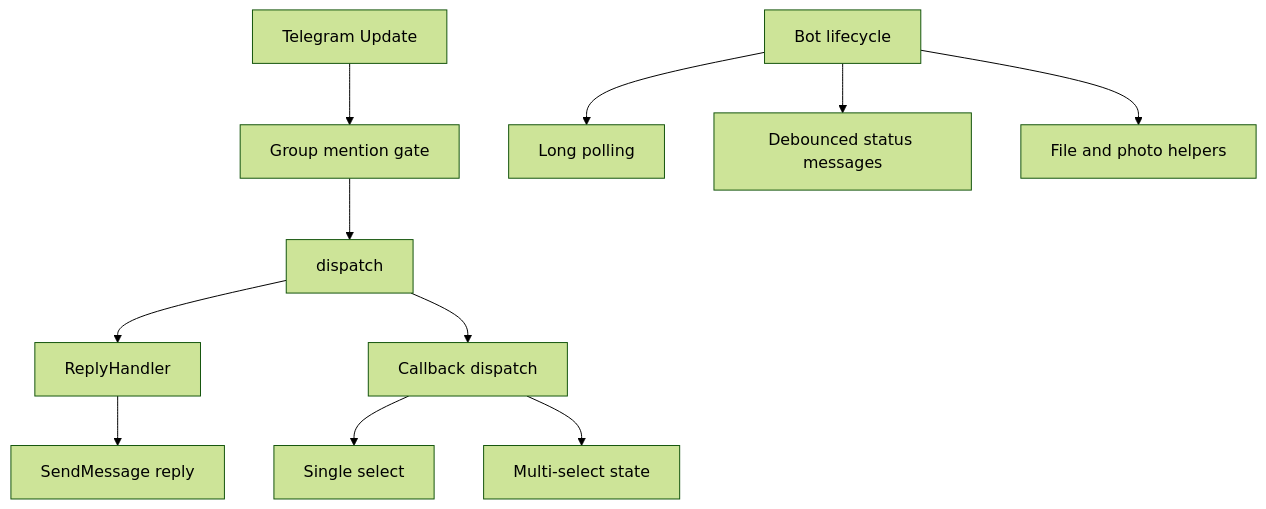
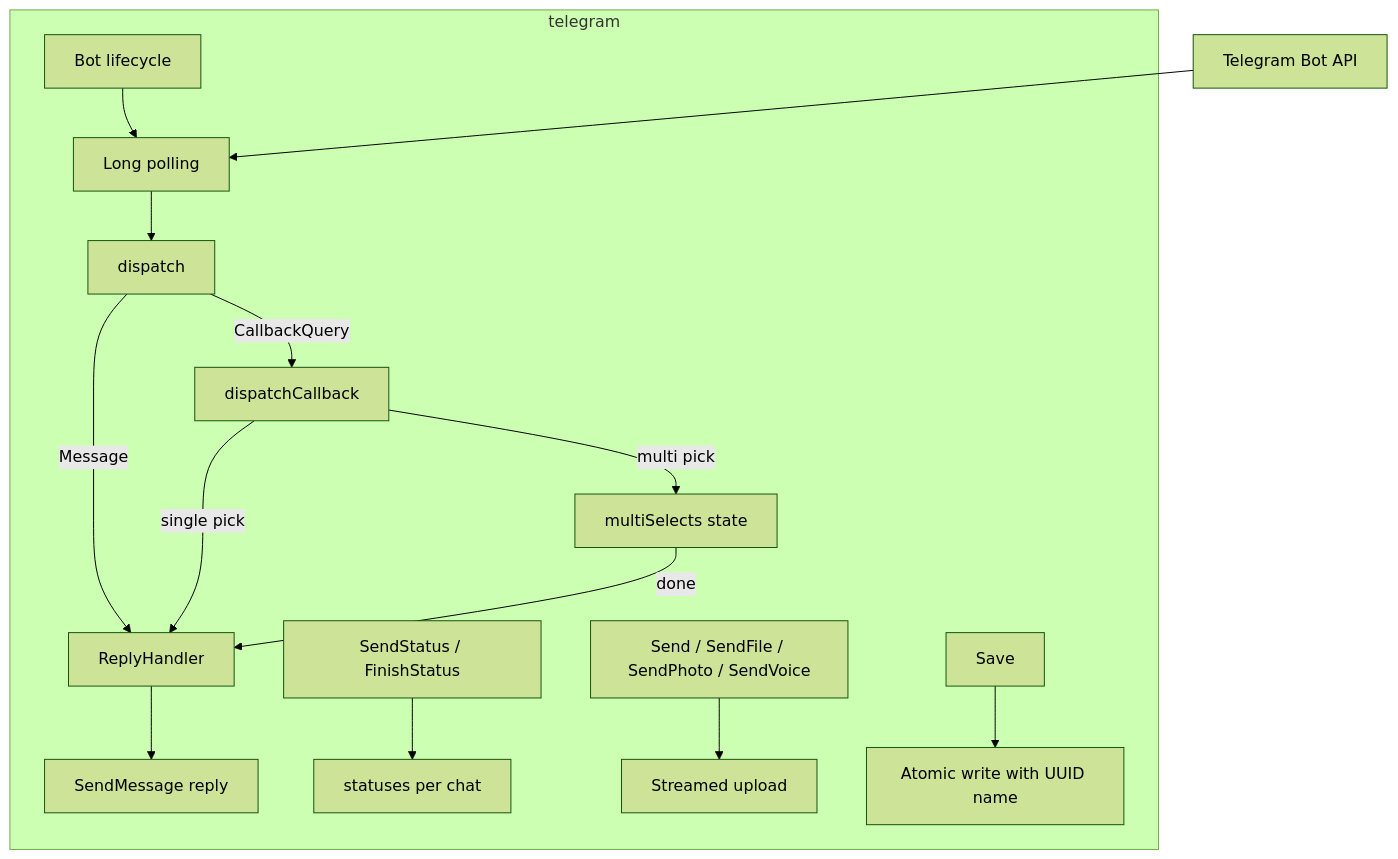
One commit to pardnchiu/go-bot changed the second of 7 diagrams in doc/architecture.md. Above: the diagram before and after it, drawn with Mermaid (forest theme). The commit also changed other lines of this file and 5 other files, not shown here.

````diff
--- a/doc/architecture.md
+++ b/doc/architecture.md
@@ -29,13 +31,17 @@
 ```mermaid
 graph TB
-    Update[Telegram Update] --> Gate[Group mention gate]
-    Gate --> Dispatch[dispatch]
-    Dispatch --> Handler[ReplyHandler]
-    Handler --> Reply[SendMessage reply]
-    Dispatch --> Callback[Callback dispatch]
-    Callback --> Single[Single select]
-    Callback --> Multi[Multi-select state]
-    Bot[Bot lifecycle] --> Poll[Long polling]
-    Bot --> Status[Debounced status messages]
-    Bot --> Media[File and photo helpers]
+    subgraph telegram
+        Bot[Bot lifecycle] --> Poll[Long polling]
+        Poll --> Dispatch[dispatch]
+        Dispatch -->|Message| Handler[ReplyHandler]
+        Dispatch -->|CallbackQuery| Callback[dispatchCallback]
+        Callback -->|single pick| Handler
+        Callback -->|multi pick| Multi[multiSelects state]
+        Multi -->|done| Handler
+        Handler --> Reply[SendMessage reply]
+        Status[SendStatus / FinishStatus] --> Statuses[statuses per chat]
+        Media[Send / SendFile / SendPhoto / SendVoice] --> Upload[Streamed upload]
+        Save[Save] --> Disk[Atomic write with UUID name]
+    end
+    API[Telegram Bot API] --> Poll
 ```
````
